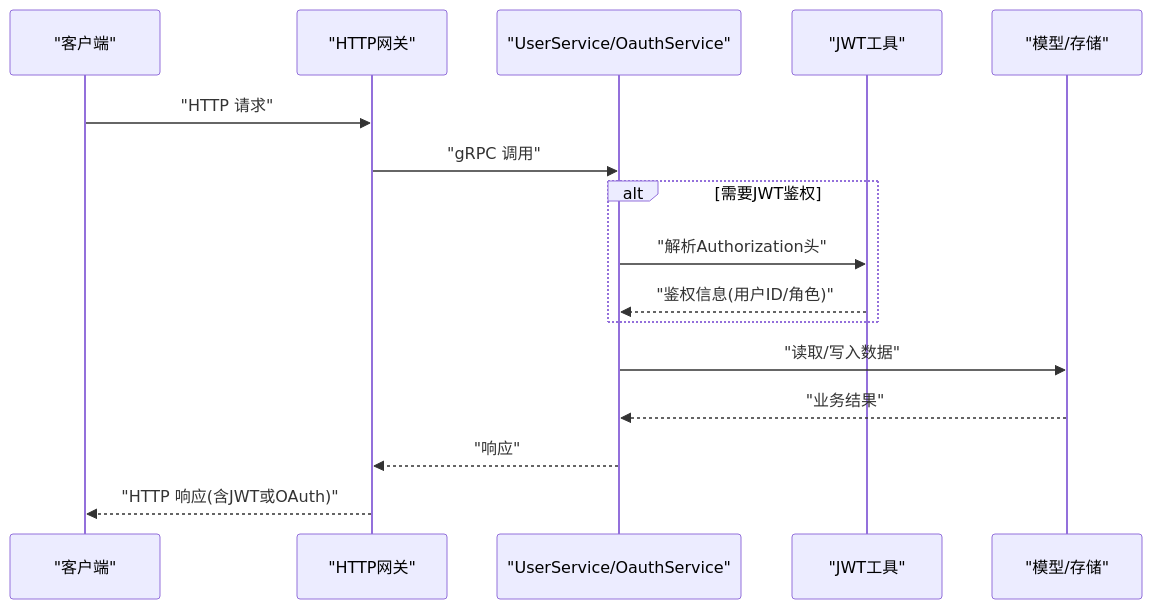
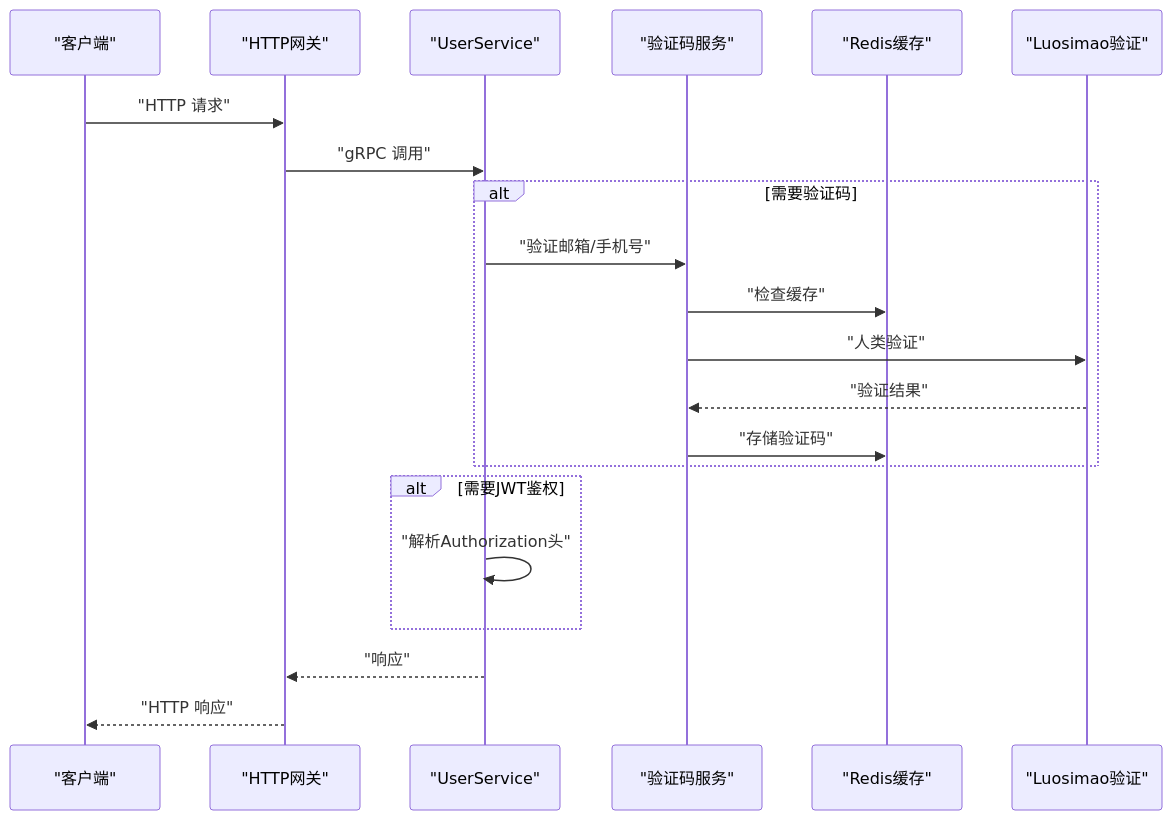
The second of 7 diagrams in .qoder/repowiki/zh/content/API参考/用户服务API/认证授权API.md (liov/hoper), drawn with Mermaid before and after one commit. The commit also changed other lines of this file and 49 other files, not shown here.

````diff
--- a/.qoder/repowiki/zh/content/API参考/用户服务API/认证授权API.md
+++ b/.qoder/repowiki/zh/content/API参考/用户服务API/认证授权API.md
@@ -94,18 +131,23 @@
 ```mermaid
 sequenceDiagram
 participant C as "客户端"
 participant G as "HTTP网关"
-participant S as "UserService/OauthService"
-participant J as "JWT工具"
-participant M as "模型/存储"
+participant S as "UserService"
+participant V as "验证码服务"
+participant R as "Redis缓存"
+participant L as "Luosimao验证"
 C->>G : "HTTP 请求"
 G->>S : "gRPC 调用"
+alt 需要验证码
+S->>V : "验证邮箱/手机号"
+V->>R : "检查缓存"
+V->>L : "人类验证"
+L-->>V : "验证结果"
+V->>R : "存储验证码"
+end
 alt 需要JWT鉴权
-S->>J : "解析Authorization头"
-J-->>S : "鉴权信息(用户ID/角色)"
+S->>S : "解析Authorization头"
 end
-S->>M : "读取/写入数据"
-M-->>S : "业务结果"
 S-->>G : "响应"
-G-->>C : "HTTP 响应(含JWT或OAuth)"
+G-->>C : "HTTP 响应"
 ```
````
